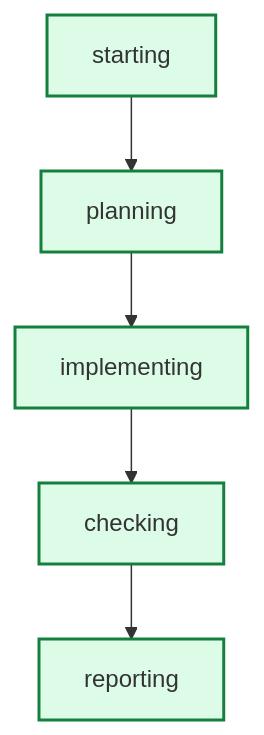
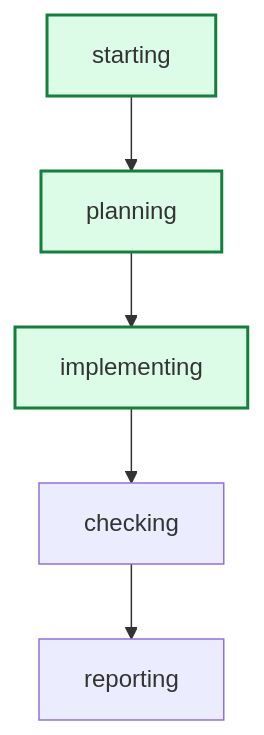
Before and after one commit to daniell0gda/hermes-feature-check-dashboard: the diagram in latest/graph.mmd, drawn with Mermaid. The commit also changed 33 other files, not shown here.

```diff
--- a/latest/graph.mmd
+++ b/latest/graph.mmd
@@ -1,14 +1,12 @@
 graph TD
     starting --> planning
     planning --> implementing
     implementing --> checking
     checking --> reporting
 
 classDef done fill:#dcfce7,stroke:#15803d,stroke-width:2px;
 classDef active fill:#dbeafe,stroke:#2563eb,stroke-width:3px;
 classDef failed fill:#fee2e2,stroke:#b42318,stroke-width:2px;
+class planning done;
 class implementing done;
-class checking done;
-class planning done;
 class starting done;
-class reporting done;
```
